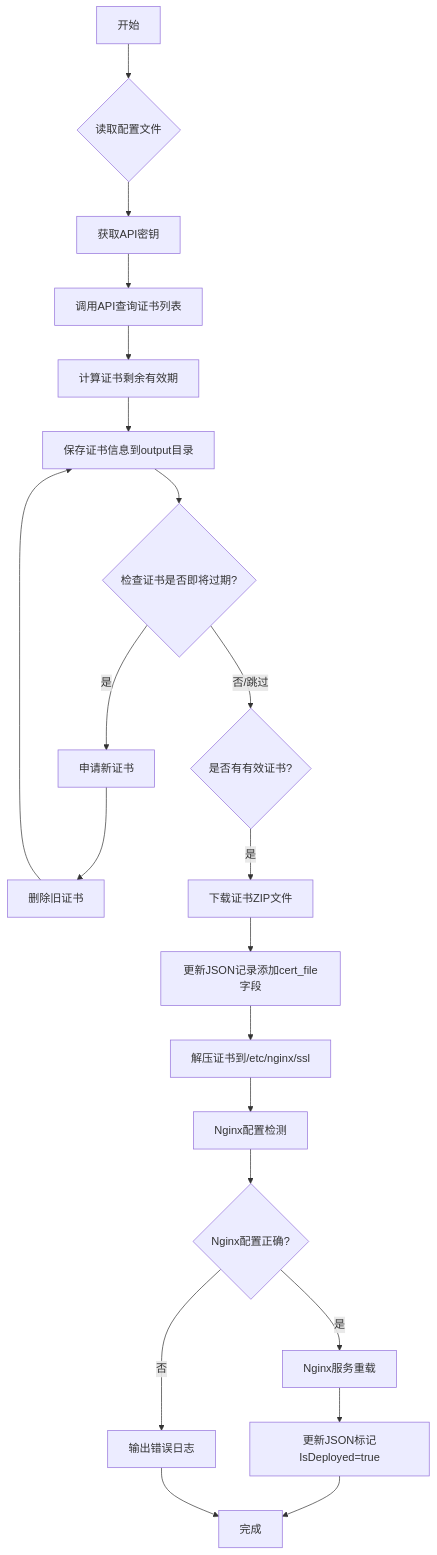
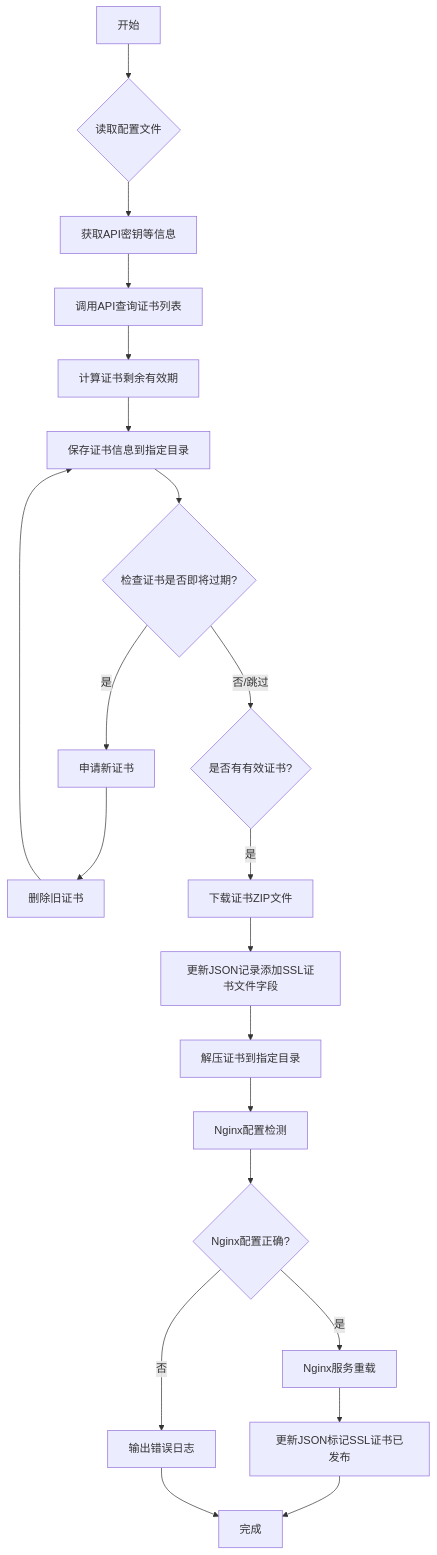
One commit to elkan1788/ssl_manager_byai changed the diagram in README.md. Above: the diagram before and after it, drawn with Mermaid. The commit also changed other lines of this file and 6 other files, not shown here.

````diff
--- a/README.md
+++ b/README.md
@@ -86,26 +92,26 @@
 ```mermaid
 graph TD
     A[开始] --> B{读取配置文件}
-    B --> C[获取API密钥]
+    B --> C[获取API密钥等信息]
     C --> D[调用API查询证书列表]
     D --> E[计算证书剩余有效期]
-    E --> F[保存证书信息到output目录]
+    E --> F[保存证书信息到指定目录]
     
     F --> G{检查证书是否即将过期?}
     G -- 是 --> H[申请新证书]
     H --> I[删除旧证书]
     
     G -- 否/跳过 --> J{是否有有效证书?}
     J -- 是 --> K[下载证书ZIP文件]
-    K --> L[更新JSON记录添加cert_file字段]
-    L --> M[解压证书到/etc/nginx/ssl]
+    K --> L[更新JSON记录添加SSL证书文件字段]
+    L --> M[解压证书到指定目录]
     M --> N[Nginx配置检测]
     N --> O{Nginx配置正确?}
     O -- 是 --> P[Nginx服务重载]
     O -- 否 --> Q[输出错误日志]
     
-    P --> R[更新JSON标记IsDeployed=true]
+    P --> R[更新JSON标记SSL证书已发布]
     R --> S[完成]
     Q --> S
     I --> F
 ```
````
